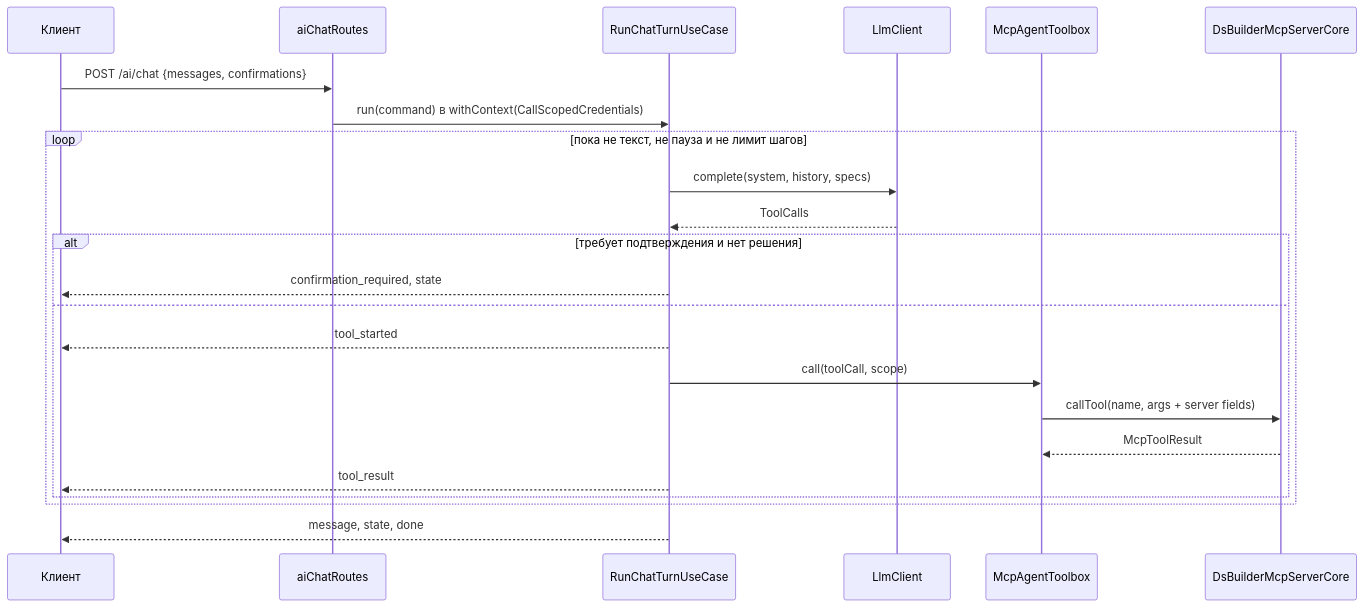
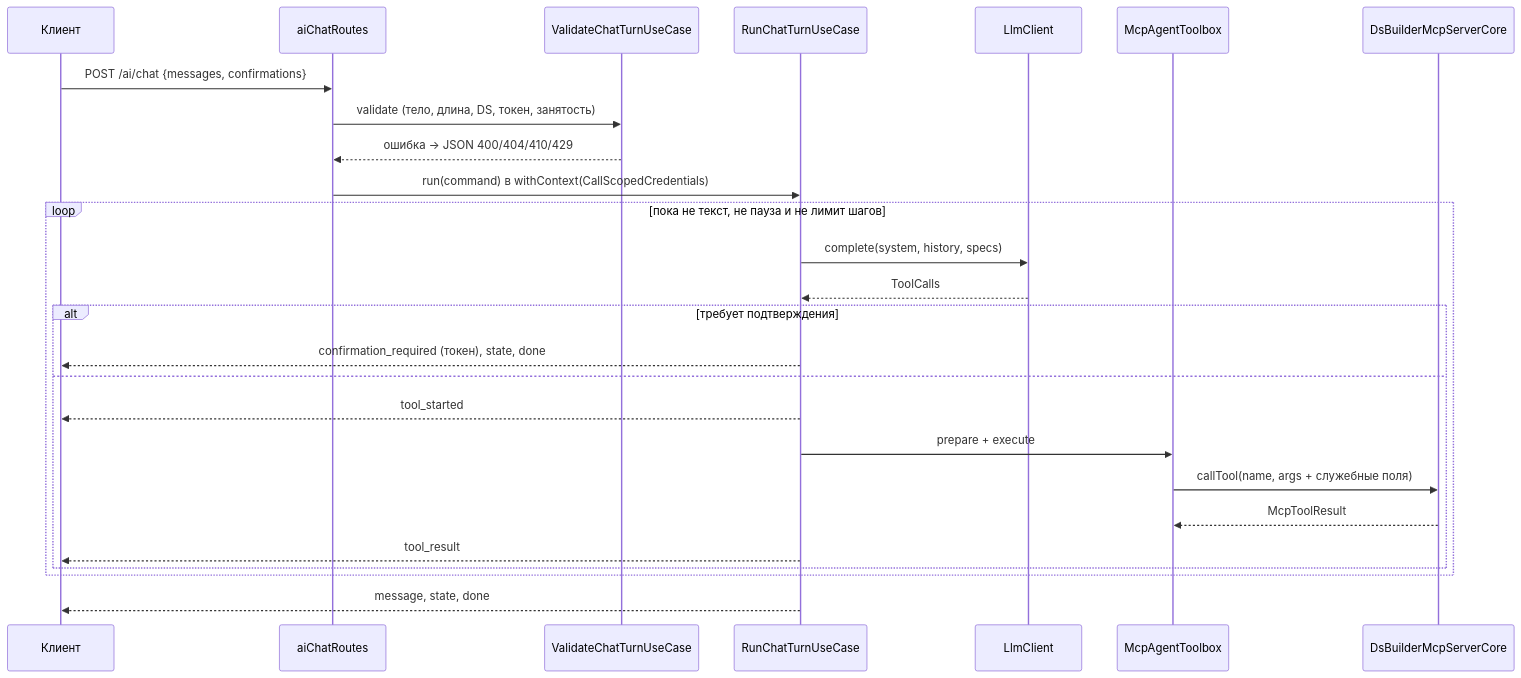
Before and after one commit to salute-developers/design-system-builder: the second of 2 diagrams in openspec/changes/add-builder-ai-chat/design.md, drawn with Mermaid. The commit also changed other lines of this file and 8 other files, not shown here.

````diff
--- a/openspec/changes/add-builder-ai-chat/design.md
+++ b/openspec/changes/add-builder-ai-chat/design.md
@@ -193,25 +325,28 @@
 ```mermaid
 sequenceDiagram
     participant C as Клиент
     participant R as aiChatRoutes
+    participant V as ValidateChatTurnUseCase
     participant U as RunChatTurnUseCase
     participant L as LlmClient
     participant T as McpAgentToolbox
     participant K as DsBuilderMcpServerCore
     C->>R: POST /ai/chat {messages, confirmations}
+    R->>V: validate (тело, длина, DS, токен, занятость)
+    V-->>R: ошибка → JSON 400/404/410/429
     R->>U: run(command) в withContext(CallScopedCredentials)
     loop пока не текст, не пауза и не лимит шагов
         U->>L: complete(system, history, specs)
         L-->>U: ToolCalls
-        alt требует подтверждения и нет решения
-            U-->>C: confirmation_required, state
+        alt требует подтверждения
+            U-->>C: confirmation_required (токен), state, done
         else
             U-->>C: tool_started
-            U->>T: call(toolCall, scope)
-            T->>K: callTool(name, args + server fields)
+            U->>T: prepare + execute
+            T->>K: callTool(name, args + служебные поля)
             K-->>T: McpToolResult
             U-->>C: tool_result
         end
     end
     U-->>C: message, state, done
 ```
````
